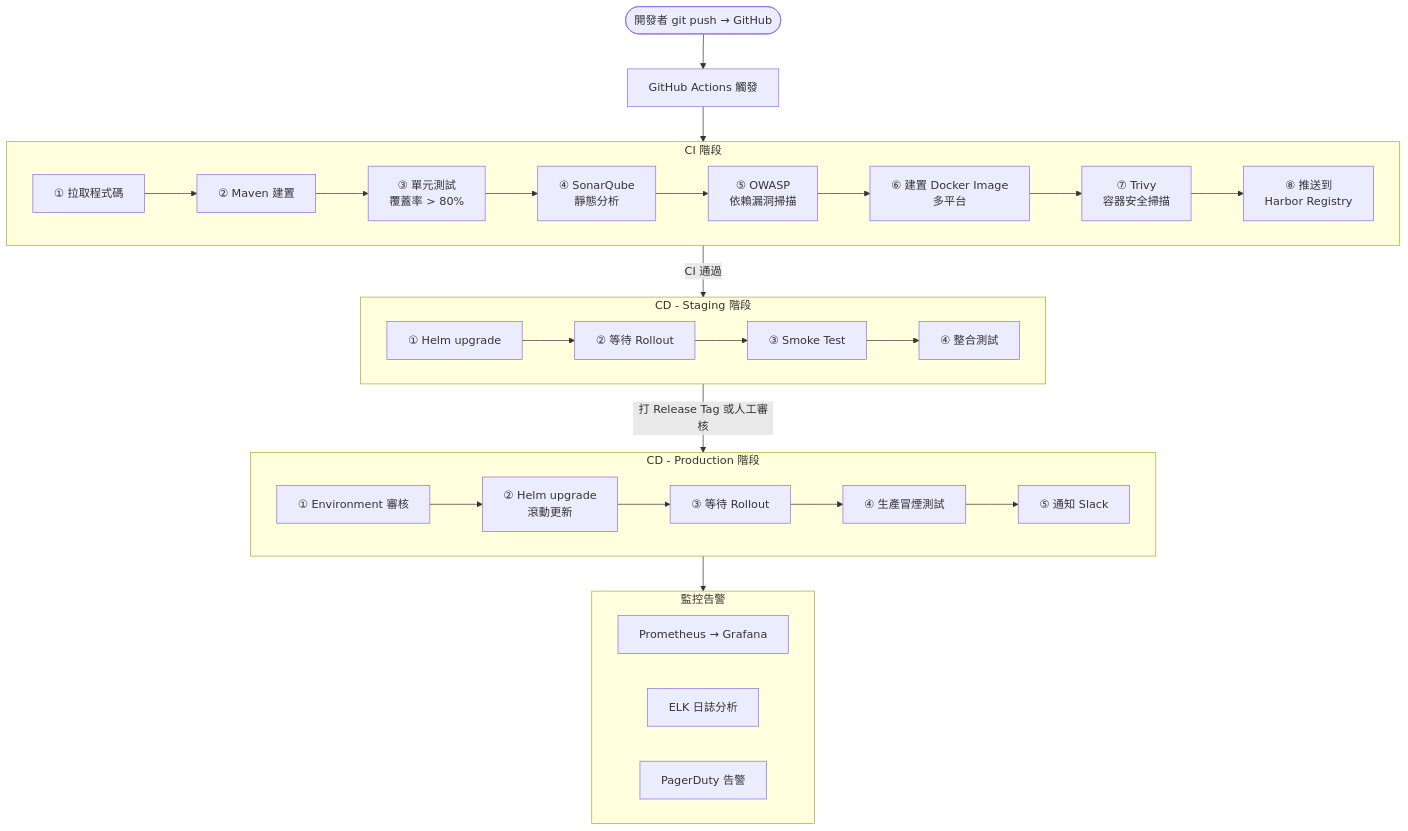
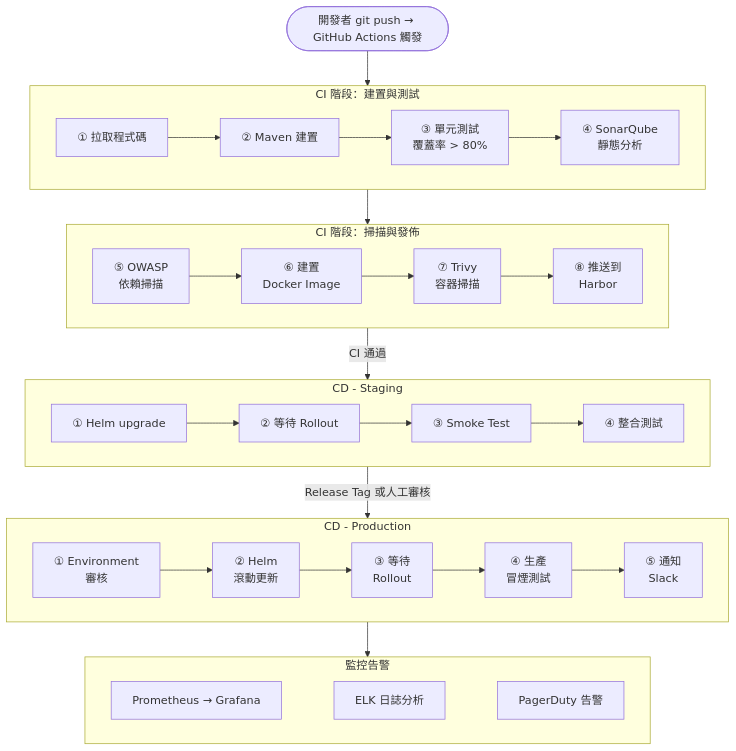
The diagram in docs/engineering/cicd/deployment.md (AnthonyFuFu/StudyNotes), drawn with Mermaid before and after one commit. The commit also changed 43 other files, not shown here.

````diff
--- a/docs/engineering/cicd/deployment.md
+++ b/docs/engineering/cicd/deployment.md
@@ -106,27 +106,28 @@
 ``` mermaid
 flowchart TB
-    PUSH(["開發者 git push → GitHub"]) --> GA["GitHub Actions 觸發"]
-    GA --> CI
-    subgraph CI ["CI 階段"]
+    PUSH(["開發者 git push → GitHub Actions 觸發"]) --> CI1
+    subgraph CI1 ["CI 階段：建置與測試"]
         direction LR
         c1["① 拉取程式碼"] --> c2["② Maven 建置"] --> c3["③ 單元測試<br>覆蓋率 > 80%"] --> c4["④ SonarQube<br>靜態分析"]
-        c4 --> c5["⑤ OWASP<br>依賴漏洞掃描"] --> c6["⑥ 建置 Docker Image<br>多平台"] --> c7["⑦ Trivy<br>容器安全掃描"] --> c8["⑧ 推送到<br>Harbor Registry"]
     end
-    CI -- "CI 通過" --> STG
-    subgraph STG ["CD - Staging 階段"]
+    CI1 --> CI2
+    subgraph CI2 ["CI 階段：掃描與發佈"]
+        direction LR
+        c5["⑤ OWASP<br>依賴掃描"] --> c6["⑥ 建置<br>Docker Image"] --> c7["⑦ Trivy<br>容器掃描"] --> c8["⑧ 推送到<br>Harbor"]
+    end
+    CI2 -- "CI 通過" --> STG
+    subgraph STG ["CD - Staging"]
         direction LR
         s1["① Helm upgrade"] --> s2["② 等待 Rollout"] --> s3["③ Smoke Test"] --> s4["④ 整合測試"]
     end
-    STG -- "打 Release Tag 或人工審核" --> PRD
-    subgraph PRD ["CD - Production 階段"]
+    STG -- "Release Tag 或人工審核" --> PRD
+    subgraph PRD ["CD - Production"]
         direction LR
-        p1["① Environment 審核"] --> p2["② Helm upgrade<br>滾動更新"] --> p3["③ 等待 Rollout"] --> p4["④ 生產冒煙測試"] --> p5["⑤ 通知 Slack"]
+        p1["① Environment<br>審核"] --> p2["② Helm<br>滾動更新"] --> p3["③ 等待<br>Rollout"] --> p4["④ 生產<br>冒煙測試"] --> p5["⑤ 通知<br>Slack"]
     end
     PRD --> MON
     subgraph MON ["監控告警"]
         direction LR
-        m1["Prometheus → Grafana"]
-        m2["ELK 日誌分析"]
-        m3["PagerDuty 告警"]
+        m1["Prometheus → Grafana"] ~~~ m2["ELK 日誌分析"] ~~~ m3["PagerDuty 告警"]
     end
 ```
````
